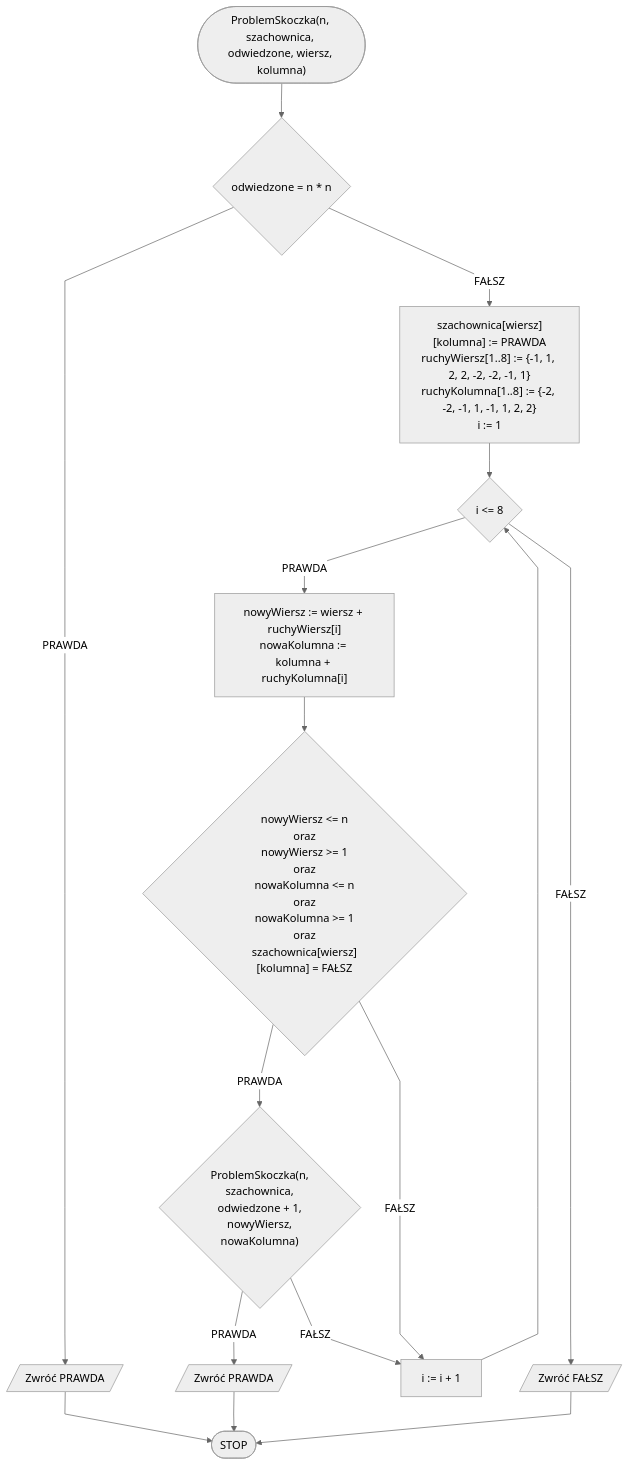
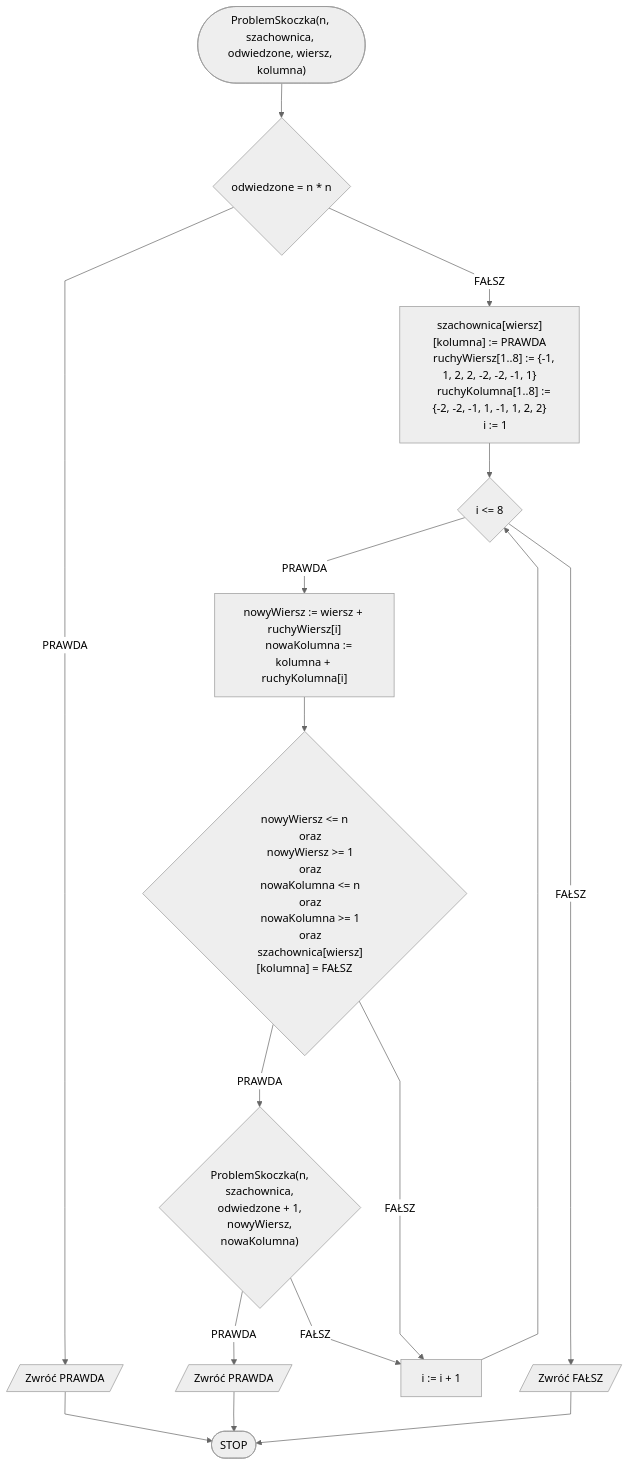
Before and after one commit to blackbat13/edu-cs-htiew-pl: the diagram in docs/algorithms/backtracking/knights-tour.md, drawn with Mermaid. The commit also changed 32 other files, not shown here.

````diff
--- a/docs/algorithms/backtracking/knights-tour.md
+++ b/docs/algorithms/backtracking/knights-tour.md
@@ -199,19 +199,35 @@
 ```mermaid
 %%{init: {"flowchart": {"curve": "linear"}, "theme": "neutral"} }%%
 flowchart TD
     START(["ProblemSkoczka(n, szachownica, odwiedzone, wiersz, kolumna)"]) --> K1{odwiedzone = n * n}
     K1 -- PRAWDA --> K2[/Zwróć PRAWDA/]
     K2 --> STOP([STOP])
-    K1 -- FAŁSZ --> K3["szachownica[wiersz][kolumna] := PRAWDA\nruchyWiersz[1..8] := {-1, 1, 2, 2, -2, -2, -1, 1}\nruchyKolumna[1..8] := {-2, -2, -1, 1, -1, 1, 2, 2}\ni := 1"]
+    K1 -- FAŁSZ --> K3["szachownica[wiersz][kolumna] := PRAWDA
+    ruchyWiersz[1..8] := {-1, 1, 2, 2, -2, -2, -1, 1}
+    ruchyKolumna[1..8] := {-2, -2, -1, 1, -1, 1, 2, 2}
+    i := 1"]
     K3 --> K6{i <= 8}
-    K6 -- PRAWDA --> K7["nowyWiersz := wiersz + ruchyWiersz[i]\nnowaKolumna := kolumna + ruchyKolumna[i]"]
-    K7 --> K9{"nowyWiersz <= n\noraz\nnowyWiersz >= 1\noraz\nnowaKolumna <= n\noraz\nnowaKolumna >= 1\noraz\nszachownica[wiersz][kolumna] = FAŁSZ"}
-    K9 -- PRAWDA --> K10{"ProblemSkoczka(n, \nszachownica, \nodwiedzone + 1, \nnowyWiersz, \nnowaKolumna)"}
+    K6 -- PRAWDA --> K7["nowyWiersz := wiersz + ruchyWiersz[i]
+    nowaKolumna := kolumna + ruchyKolumna[i]"]
+    K7 --> K9{"nowyWiersz <= n
+    oraz
+    nowyWiersz >= 1
+    oraz
+    nowaKolumna <= n
+    oraz
+    nowaKolumna >= 1
+    oraz
+    szachownica[wiersz][kolumna] = FAŁSZ"}
+    K9 -- PRAWDA --> K10{"ProblemSkoczka(n, 
+    szachownica, 
+    odwiedzone + 1, 
+    nowyWiersz, 
+    nowaKolumna)"}
     K10 -- PRAWDA --> K11[/Zwróć PRAWDA/]
     K11 --> STOP
     K10 -- FAŁSZ --> K6i[i := i + 1]
     K9 -- FAŁSZ --> K6i
     K6i --> K6
     K6 -- FAŁSZ --> K12[/Zwróć FAŁSZ/]
     K12 --> STOP
 ```
````
